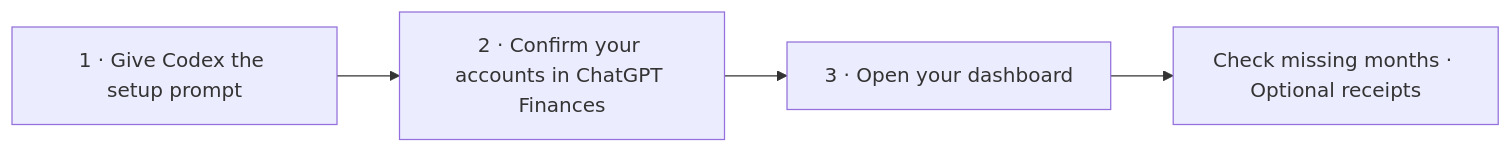
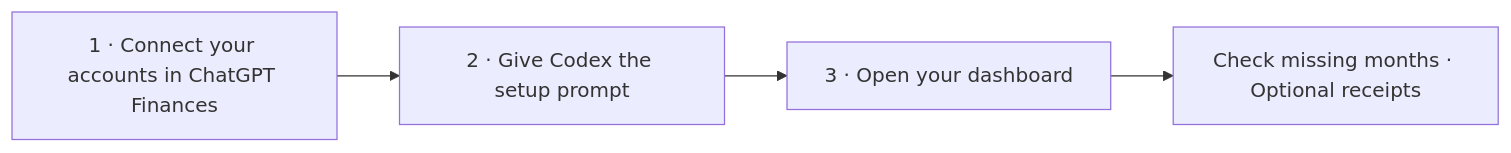
One commit to sohumsanu/spending-atlas changed the diagram in README.md. Above: the diagram before and after it, drawn with Mermaid. The commit also changed other lines of this file and 7 other files, not shown here.

````diff
--- a/README.md
+++ b/README.md
@@ -5,6 +5,6 @@
 ```mermaid
 flowchart LR
-    A["1 · Give Codex the setup prompt"] --> B["2 · Confirm your accounts in ChatGPT Finances"]
+    A["1 · Connect your accounts in ChatGPT Finances"] --> B["2 · Give Codex the setup prompt"]
     B --> C["3 · Open your dashboard"]
     C --> D["Check missing months · Optional receipts"]
 ```
````
